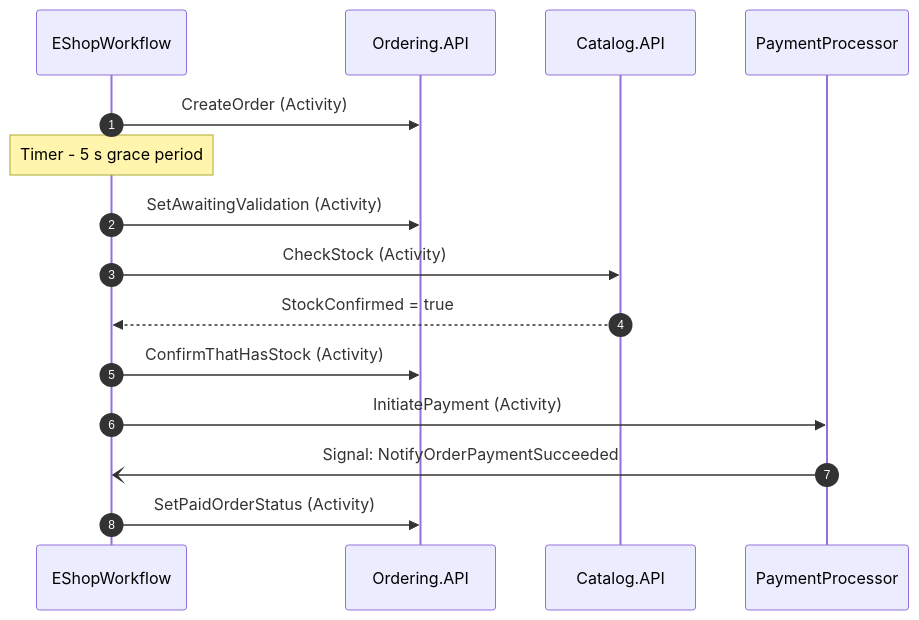
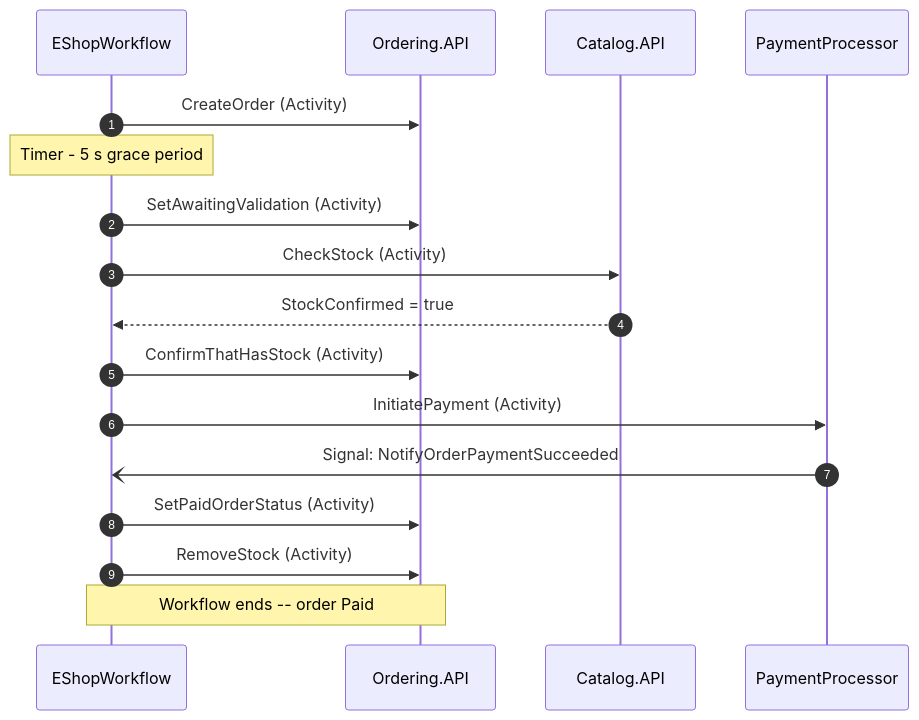
Before and after one commit to fnandop/eShop: the second of 4 diagrams in README.md, drawn with Mermaid. The commit also changed other lines of this file and 2 other files, not shown here.

First line of the commit message:
docs(readme): fix PR review issues — headings, RemoveStock diagram, alt texts, DLL cleanup

````diff
--- a/README.md
+++ b/README.md
@@ -154,18 +152,20 @@
 ```mermaid
 sequenceDiagram
     autonumber
     participant W as EShopWorkflow
     participant O as Ordering.API
     participant CAT as Catalog.API
     participant PAY as PaymentProcessor
 
     W->>O: CreateOrder (Activity)
     Note over W: Timer - 5 s grace period
     W->>O: SetAwaitingValidation (Activity)
     W->>CAT: CheckStock (Activity)
     CAT-->>W: StockConfirmed = true
     W->>O: ConfirmThatHasStock (Activity)
     W->>PAY: InitiatePayment (Activity)
     PAY-)W: Signal: NotifyOrderPaymentSucceeded
     W->>O: SetPaidOrderStatus (Activity)
+    W->>O: RemoveStock (Activity)
+    Note over W,O: Workflow ends -- order Paid
 ```
````
